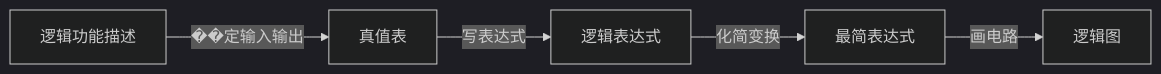
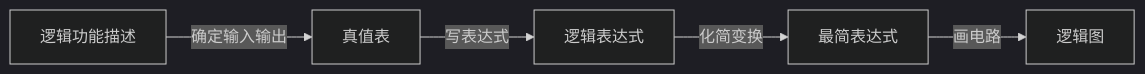
The diagram in 考研专业课/数字电子技术/4-组合逻辑电路/02-组合逻辑电路设计.md (Treasoni/kaoyan), drawn with Mermaid (dark theme) before and after one commit.

Commit message:
vault backup: 2026-03-27 21:17:10

````diff
--- a/考研专业课/数字电子技术/4-组合逻辑电路/02-组合逻辑电路设计.md
+++ b/考研专业课/数字电子技术/4-组合逻辑电路/02-组合逻辑电路设计.md
@@ -26,7 +26,7 @@
 ```mermaid
 graph LR
-    A[逻辑功能描述] -->|��定输入输出| B[真值表]
+    A[逻辑功能描述] -->|确定输入输出| B[真值表]
     B -->|写表达式| C[逻辑表达式]
     C -->|化简变换| D[最简表达式]
     D -->|画电路| E[逻辑图]
 ```
````
